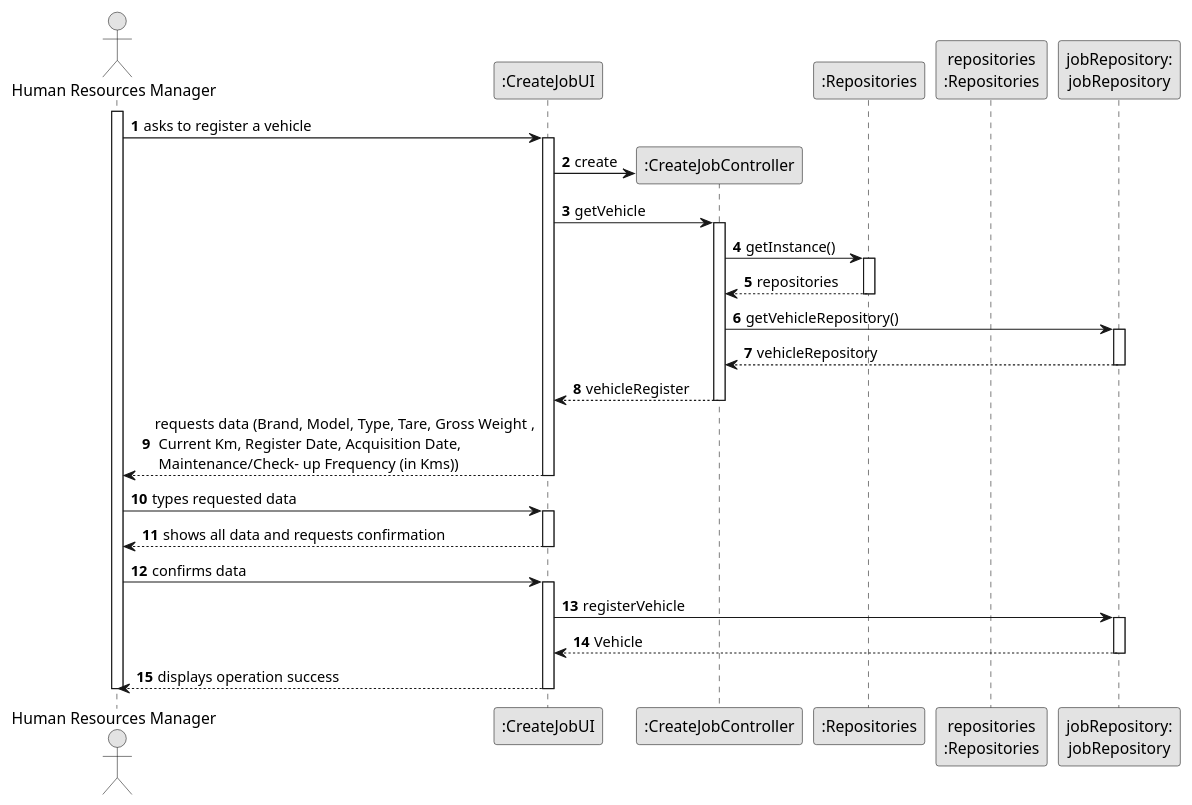
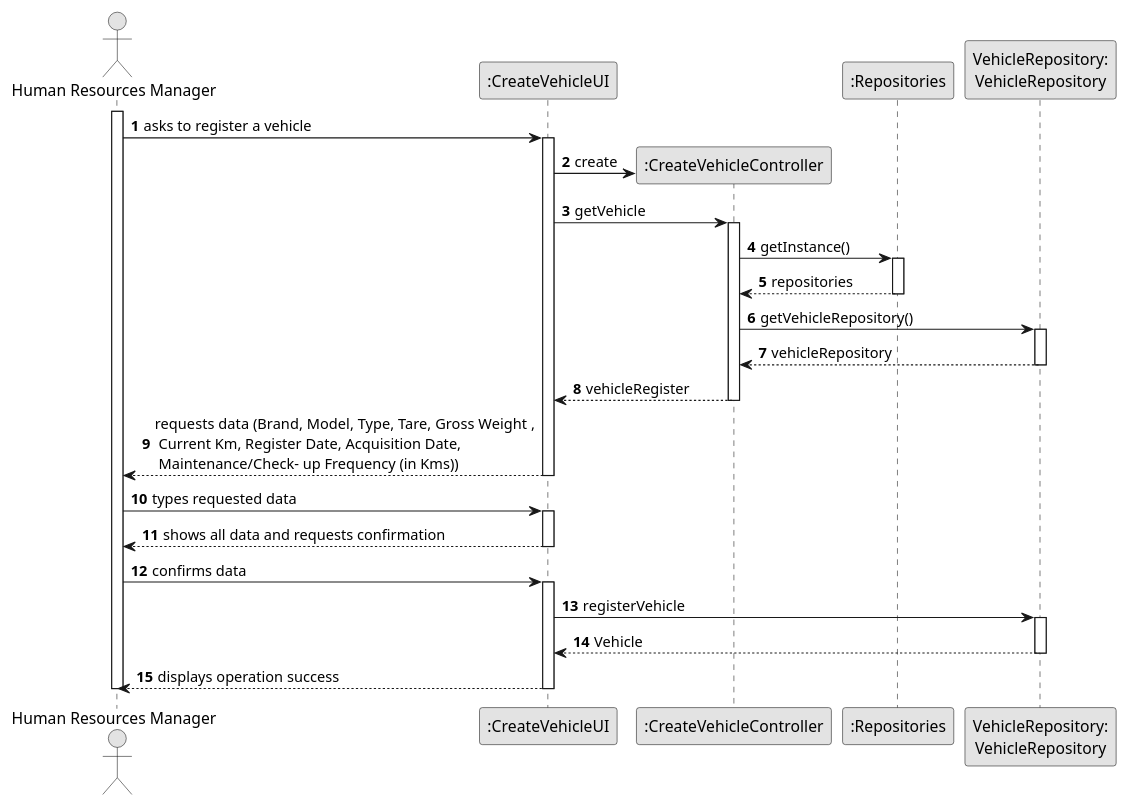
One commit to Departamento-de-Engenharia-Informatica/lei-24-s2-1dl-g121 changed the diagram in docs/sprintB/us006/03.design/puml/us006-sequence-diagram-full.puml. Above: the diagram before and after it, drawn with PlantUML.

Commit message:
final sd06

```diff
--- a/docs/sprintB/us006/03.design/puml/us006-sequence-diagram-full.puml
+++ b/docs/sprintB/us006/03.design/puml/us006-sequence-diagram-full.puml
@@ -1,77 +1,76 @@
 @startuml
 skinparam monochrome true
 skinparam packageStyle rectangle
 skinparam shadowing false
 
 autonumber
 
 'hide footbox
 actor "Human Resources Manager" as ADM
-participant ":CreateJobUI" as UI
-participant ":CreateJobController" as CTRL
+participant ":CreateVehicleUI" as UI
+participant ":CreateVehicleController" as CTRL
 participant ":Repositories" as RepositorySingleton
-participant "repositories\n:Repositories" as PLAT
-participant "jobRepository:\njobRepository" as TaskCategoryRepository
+participant "VehicleRepository:\nVehicleRepository" as TaskCategoryRepository
 
 
 
 
 
 activate ADM
 
         ADM -> UI : asks to register a vehicle
 
         activate UI
 
 '            UI --> ADM : requests data (reference, description,  informal \n description, technical description, duration, cost)
             'create CTRL
             UI -> CTRL** : create
 
             UI -> CTRL : getVehicle
             activate CTRL
 
                 CTRL -> RepositorySingleton : getInstance()
                 activate RepositorySingleton
 
                     RepositorySingleton --> CTRL: repositories
                 deactivate RepositorySingleton
 
                 CTRL -> TaskCategoryRepository : getVehicleRepository()
                 activate TaskCategoryRepository
 
                     TaskCategoryRepository --> CTRL: vehicleRepository
                 deactivate TaskCategoryRepository
 
 
 
                 CTRL --> UI : vehicleRegister
             deactivate CTRL
 
             UI --> ADM : requests data (Brand, Model, Type, Tare, Gross Weight ,\n Current Km, Register Date, Acquisition Date,\n Maintenance/Check- up Frequency (in Kms))
         deactivate UI
 
     ADM -> UI : types requested data
     activate UI
 
         UI --> ADM : shows all data and requests confirmation
     deactivate UI
 
     ADM -> UI : confirms data
     activate UI
 
     UI -> TaskCategoryRepository : registerVehicle
 
         activate TaskCategoryRepository
 
         TaskCategoryRepository --> UI : Vehicle
 
 
         deactivate  TaskCategoryRepository
 
             deactivate CTRL
             UI --> ADM: displays operation success
     deactivate UI
 
 deactivate ADM
 
 @enduml
```
